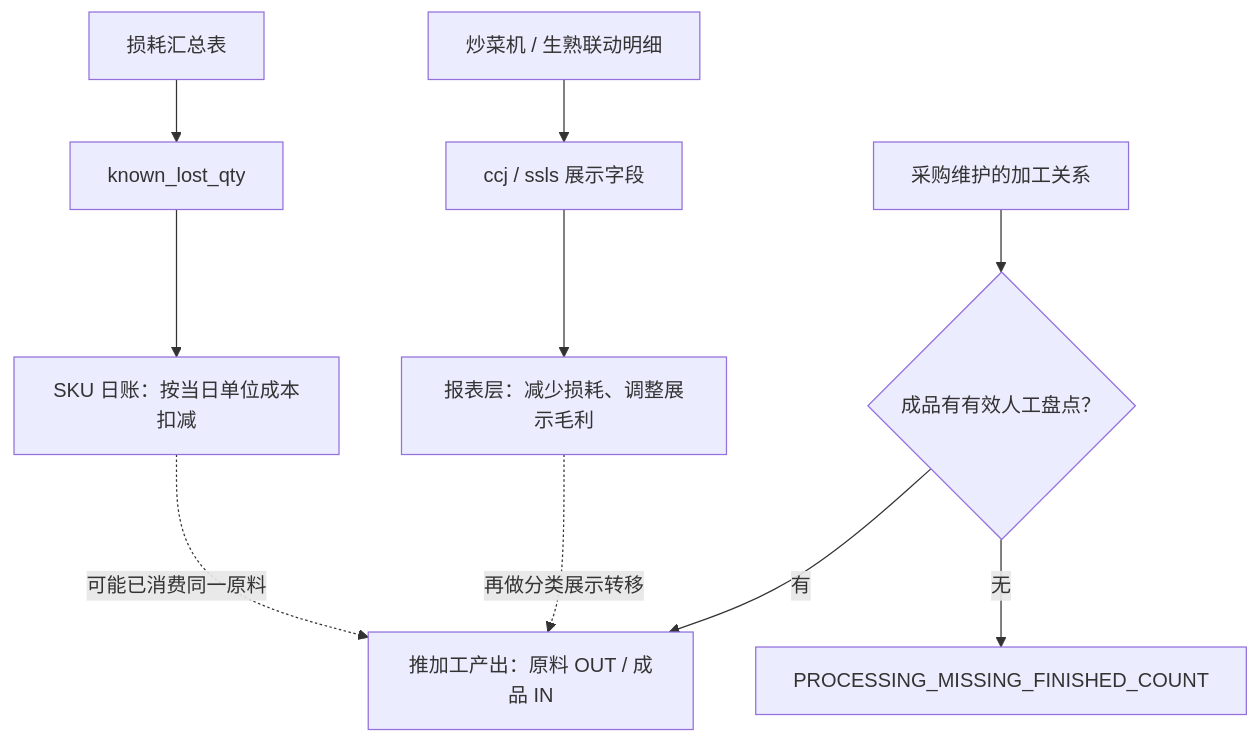
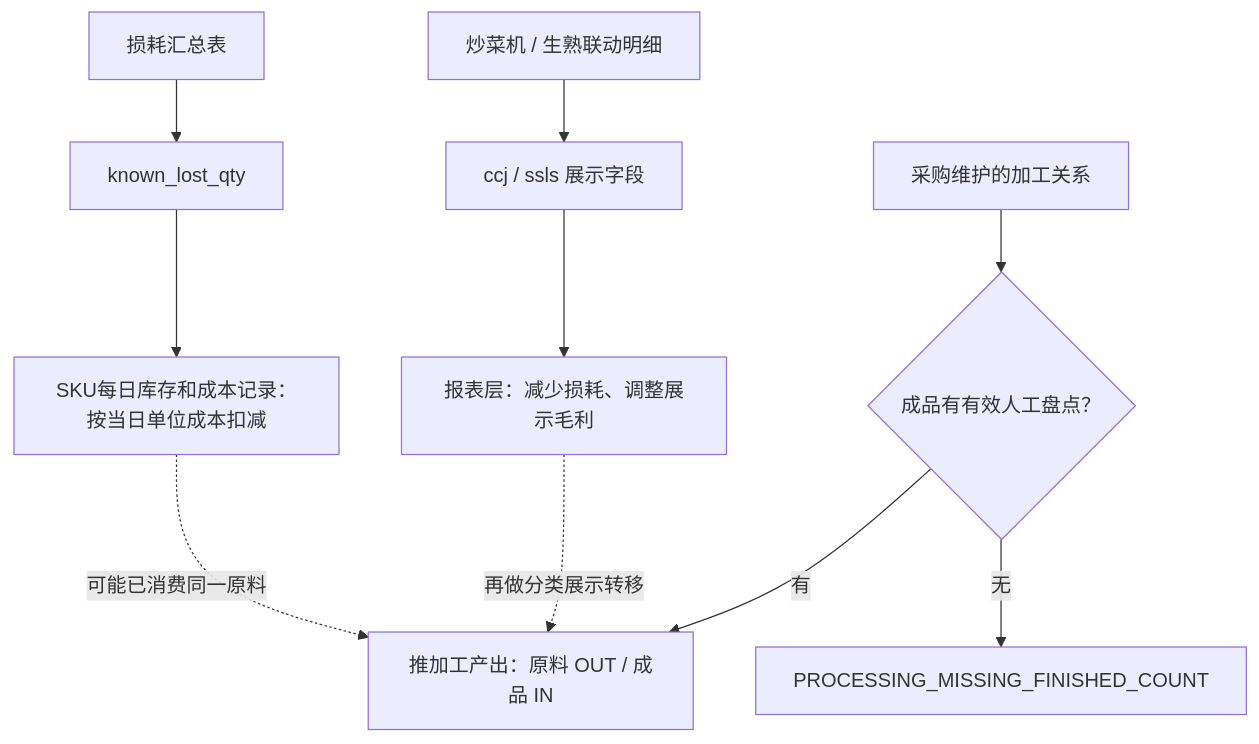
The first of 2 diagrams in fmetl/docs/reviews/V0.16_PROCESSING_SSLS_CHAIN_REVIEW.md (kate636/cuihua-data), drawn with Mermaid before and after one commit. The commit also changed other lines of this file and 42 other files, not shown here.

````diff
--- a/fmetl/docs/reviews/V0.16_PROCESSING_SSLS_CHAIN_REVIEW.md
+++ b/fmetl/docs/reviews/V0.16_PROCESSING_SSLS_CHAIN_REVIEW.md
@@ -30,15 +30,15 @@
 ```mermaid
 flowchart TD
     A["损耗汇总表"] --> B["known_lost_qty"]
-    B --> C["SKU 日账：按当日单位成本扣减"]
+    B --> C["SKU每日库存和成本记录：按当日单位成本扣减"]
 
     D["炒菜机 / 生熟联动明细"] --> E["ccj / ssls 展示字段"]
     E --> F["报表层：减少损耗、调整展示毛利"]
 
     G["采购维护的加工关系"] --> H{"成品有有效人工盘点？"}
     H -->|有| I["推加工产出：原料 OUT / 成品 IN"]
     H -->|无| J["PROCESSING_MISSING_FINISHED_COUNT"]
 
     C -. "可能已消费同一原料" .-> I
     F -. "再做分类展示转移" .-> I
 ```
````
